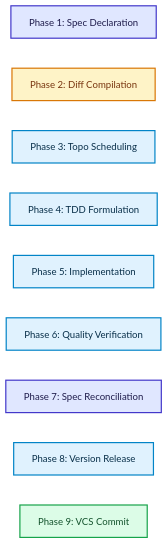
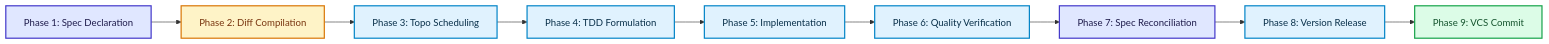
Before and after one commit to drhodes/libspec: the third of 3 diagrams in docs/explanation/typed-prompts.md, drawn with Mermaid. The commit also changed other lines of this file and 6 other files, not shown here.

Commit message:
fix(docs): resolve mermaid 11 syntax errors across documentation diagrams

````diff
--- a/docs/explanation/typed-prompts.md
+++ b/docs/explanation/typed-prompts.md
@@ -108,17 +108,16 @@
 ```mermaid
-graph LR
+flowchart LR
     classDef decl fill:#e0e7ff,stroke:#4338ca,stroke-width:2px,color:#1e1b4b;
     classDef imp fill:#e0f2fe,stroke:#0284c7,stroke-width:2px,color:#082f49;
     classDef bridge fill:#fef3c7,stroke:#d97706,stroke-width:2px,color:#78350f;
     classDef done fill:#dcfce7,stroke:#16a34a,stroke-width:2px,color:#14532d;
 
-    P1["Phase 1: Spec Declaration"]:::decl
-    P2["Phase 2: Diff Compilation"]:::bridge
-    P3["Phase 3: Topo Scheduling"]:::imp
-    P4["Phase 4: TDD Formulation"]:::imp
-    P5["Phase 5: Implementation"]:::imp
-    P6["Phase 6: Quality Verification"]:::imp
-    P7["Phase 7: Spec Reconciliation"]:::decl
-    P8["Phase 8: Version Release"]:::imp
-    P9["Phase 9: VCS Commit"]:::done
+    P1["Phase 1: Spec Declaration"]:::decl --> P2["Phase 2: Diff Compilation"]:::bridge
+    P2 --> P3["Phase 3: Topo Scheduling"]:::imp
+    P3 --> P4["Phase 4: TDD Formulation"]:::imp
+    P4 --> P5["Phase 5: Implementation"]:::imp
+    P5 --> P6["Phase 6: Quality Verification"]:::imp
+    P6 --> P7["Phase 7: Spec Reconciliation"]:::decl
+    P7 --> P8["Phase 8: Version Release"]:::imp
+    P8 --> P9["Phase 9: VCS Commit"]:::done
 ```
````
